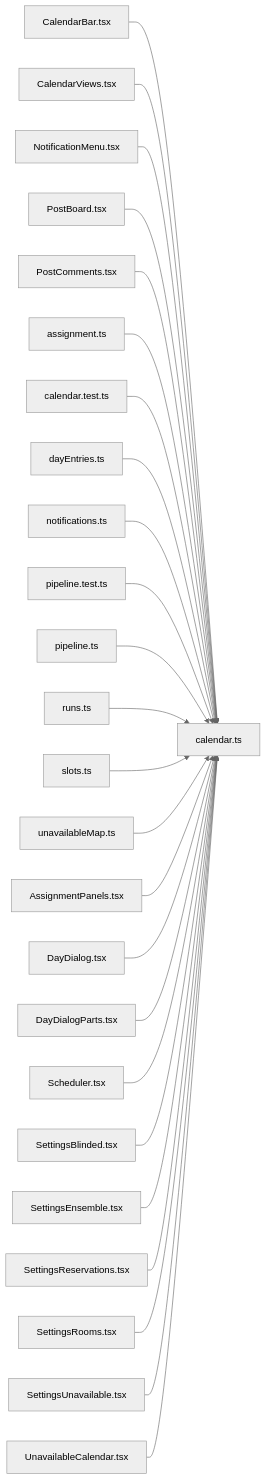
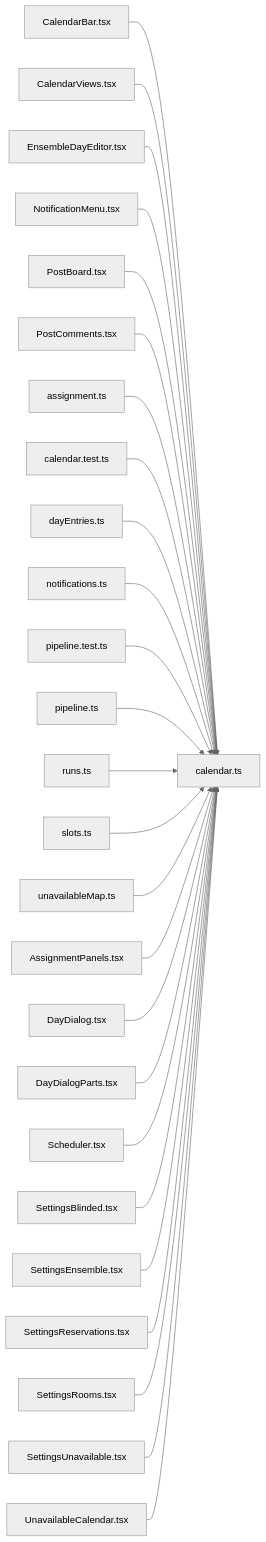
The diagram in .cluedoc/graph/frontend/src/lib/calendar.md (minkong-dev/Banblit), drawn with Mermaid (neutral theme) before and after one commit. The commit also changed other lines of this file and 15 other files, not shown here.

Commit message:
frontend: move the per-day ensemble time editor into components

````diff
--- a/.cluedoc/graph/frontend/src/lib/calendar.md
+++ b/.cluedoc/graph/frontend/src/lib/calendar.md
@@ -10,28 +10,29 @@
 ```mermaid
 flowchart LR
   frontend_src_lib_calendar["calendar.ts"]
   frontend_src_components_CalendarBar["CalendarBar.tsx"] --> frontend_src_lib_calendar
   frontend_src_components_CalendarViews["CalendarViews.tsx"] --> frontend_src_lib_calendar
+  frontend_src_components_EnsembleDayEditor["EnsembleDayEditor.tsx"] --> frontend_src_lib_calendar
   frontend_src_components_NotificationMenu["NotificationMenu.tsx"] --> frontend_src_lib_calendar
   frontend_src_components_PostBoard["PostBoard.tsx"] --> frontend_src_lib_calendar
   frontend_src_components_PostComments["PostComments.tsx"] --> frontend_src_lib_calendar
   frontend_src_lib_assignment["assignment.ts"] --> frontend_src_lib_calendar
   frontend_src_lib_calendar_test["calendar.test.ts"] --> frontend_src_lib_calendar
   frontend_src_lib_dayEntries["dayEntries.ts"] --> frontend_src_lib_calendar
   frontend_src_lib_notifications["notifications.ts"] --> frontend_src_lib_calendar
   frontend_src_lib_pipeline_test["pipeline.test.ts"] --> frontend_src_lib_calendar
   frontend_src_lib_pipeline["pipeline.ts"] --> frontend_src_lib_calendar
   frontend_src_lib_runs["runs.ts"] --> frontend_src_lib_calendar
   frontend_src_lib_slots["slots.ts"] --> frontend_src_lib_calendar
   frontend_src_lib_unavailableMap["unavailableMap.ts"] --> frontend_src_lib_calendar
   frontend_src_routes_AssignmentPanels["AssignmentPanels.tsx"] --> frontend_src_lib_calendar
   frontend_src_routes_DayDialog["DayDialog.tsx"] --> frontend_src_lib_calendar
   frontend_src_routes_DayDialogParts["DayDialogParts.tsx"] --> frontend_src_lib_calendar
   frontend_src_routes_Scheduler["Scheduler.tsx"] --> frontend_src_lib_calendar
   frontend_src_routes_SettingsBlinded["SettingsBlinded.tsx"] --> frontend_src_lib_calendar
   frontend_src_routes_SettingsEnsemble["SettingsEnsemble.tsx"] --> frontend_src_lib_calendar
   frontend_src_routes_SettingsReservations["SettingsReservations.tsx"] --> frontend_src_lib_calendar
   frontend_src_routes_SettingsRooms["SettingsRooms.tsx"] --> frontend_src_lib_calendar
   frontend_src_routes_SettingsUnavailable["SettingsUnavailable.tsx"] --> frontend_src_lib_calendar
   frontend_src_routes_UnavailableCalendar["UnavailableCalendar.tsx"] --> frontend_src_lib_calendar
 ```
````
